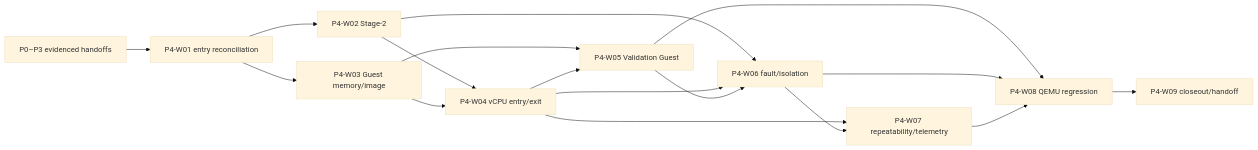
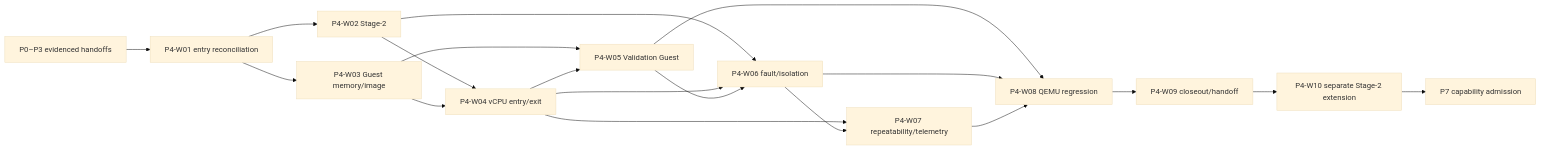
Before and after one commit to helloangus/Zelyr-Hypervisor: the diagram in docs/stages/p4/task-book-v0.1.md, drawn with Mermaid (base theme). The commit also changed other lines of this file and 153 other files, not shown here.

````diff
--- a/docs/stages/p4/task-book-v0.1.md
+++ b/docs/stages/p4/task-book-v0.1.md
@@ -132,19 +137,21 @@
 ```mermaid
 flowchart LR
   U[P0–P3 evidenced handoffs] --> W01[P4-W01 entry reconciliation]
   W01 --> W02[P4-W02 Stage-2]
   W01 --> W03[P4-W03 Guest memory/image]
   W02 --> W04[P4-W04 vCPU entry/exit]
   W03 --> W04
   W03 --> W05[P4-W05 Validation Guest]
   W04 --> W05
   W02 --> W06[P4-W06 fault/isolation]
   W04 --> W06
   W05 --> W06
   W04 --> W07[P4-W07 repeatability/telemetry]
   W06 --> W07
   W05 --> W08[P4-W08 QEMU regression]
   W06 --> W08
   W07 --> W08
   W08 --> W09[P4-W09 closeout/handoff]
+  W09 --> W10[P4-W10 separate Stage-2 extension]
+  W10 --> P7[P7 capability admission]
 ```
````
